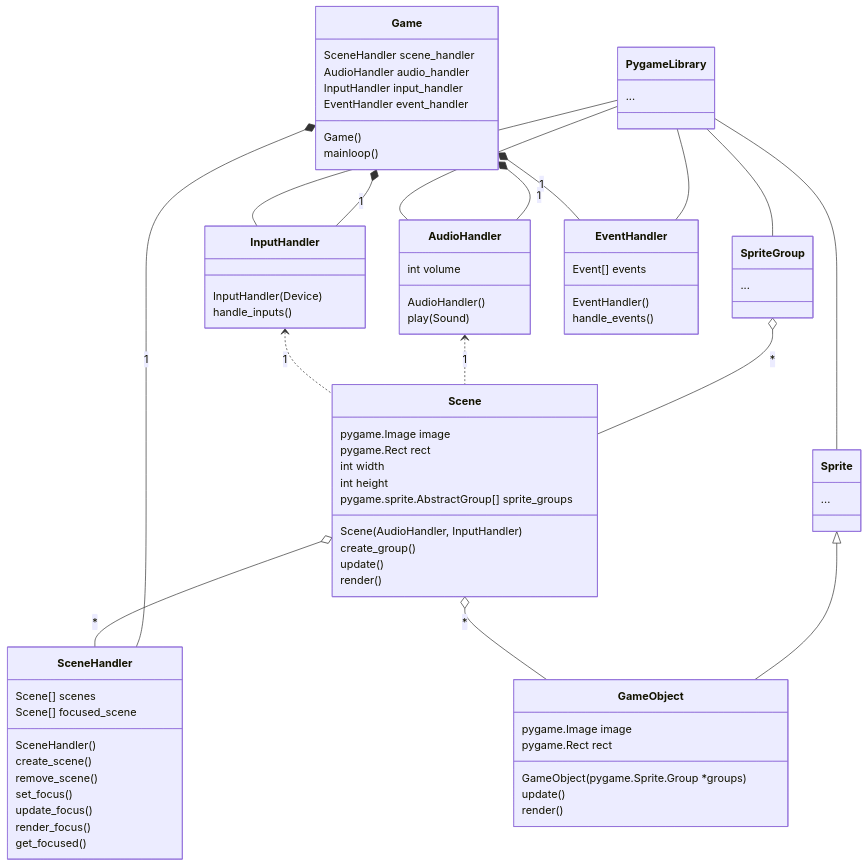
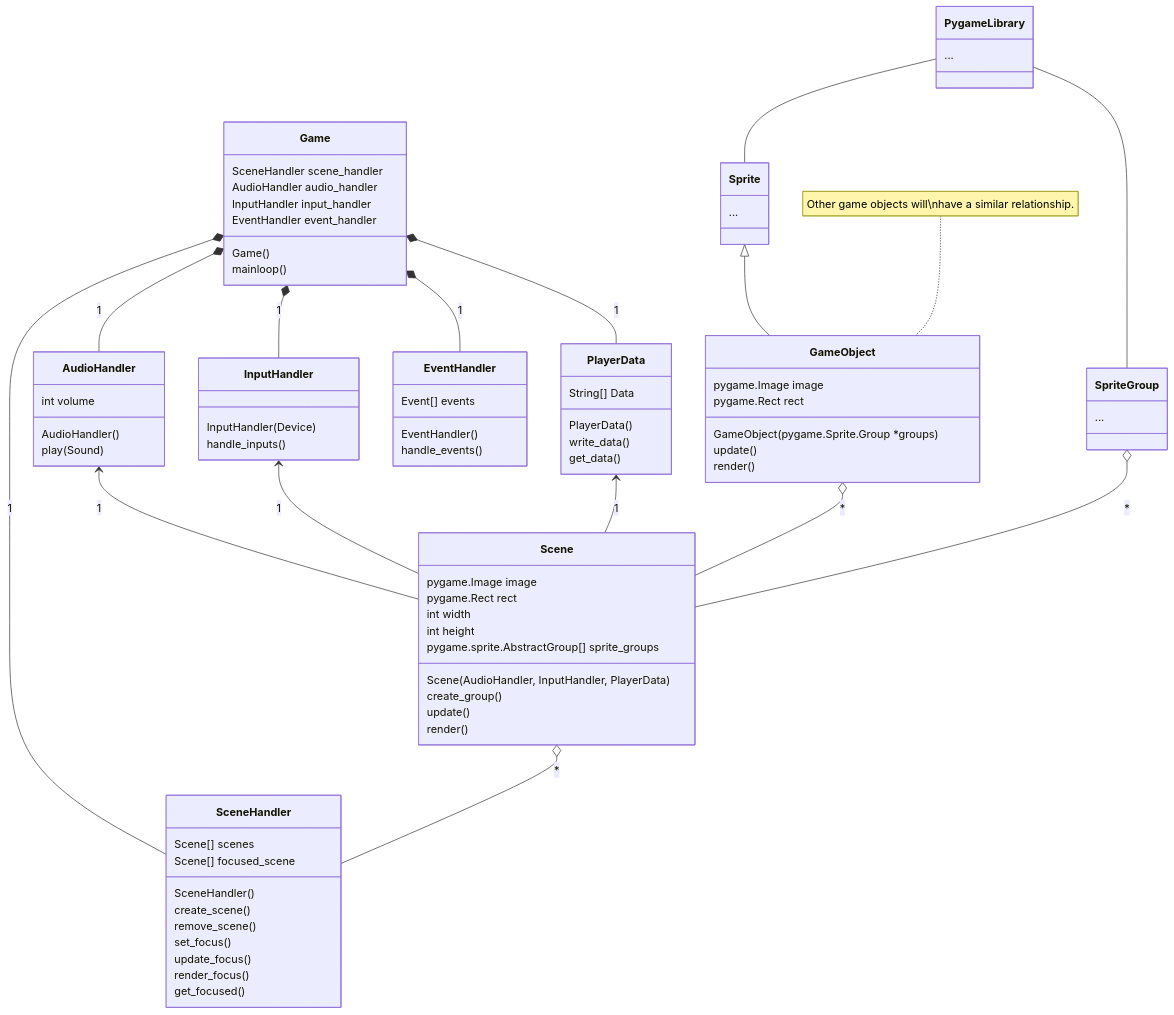
Before and after one commit to Anthony-de-cruz/Minesweeper: the diagram in README.md, drawn with Mermaid.

Commit message:
Updated diagram

````diff
--- a/README.md
+++ b/README.md
@@ -82,7 +82,6 @@
 }
 
 Game *-- AudioHandler : 1
-PygameLibrary -- AudioHandler
 
 class InputHandler {
         
@@ -92,7 +91,6 @@
 }
 
 Game *-- InputHandler : 1
-PygameLibrary -- InputHandler
 
 class EventHandler {
 
@@ -103,9 +101,19 @@
         handle_events()
 }
 
-PygameLibrary -- EventHandler
+Game *-- EventHandler : 1
 
-Game *-- EventHandler : 1
+class PlayerData {
+
+        String[] Data
+
+        PlayerData()
+
+        write_data()
+        get_data()
+}
+
+Game *-- PlayerData : 1
 
 class Scene {
         pygame.Image image
@@ -114,7 +122,7 @@
         int height
         pygame.sprite.AbstractGroup[] sprite_groups
 
-        Scene(AudioHandler, InputHandler)
+        Scene(AudioHandler, InputHandler, PlayerData)
 
         create_group()
         update()
@@ -122,9 +130,10 @@
 }
 
 SpriteGroup o-- Scene : *
-AudioHandler <.. Scene : 1
-InputHandler <.. Scene : 1
-
+GameObject o-- Scene : *
+AudioHandler <-- Scene : 1
+InputHandler <-- Scene : 1
+PlayerData <-- Scene : 1
 
 class GameObject {
 
@@ -138,6 +147,7 @@
 }
 
 Sprite <|-- GameObject
-Scene o-- GameObject : *
+
+note for GameObject "Other game objects will\nhave a similar relationship."
 
 ```
````
